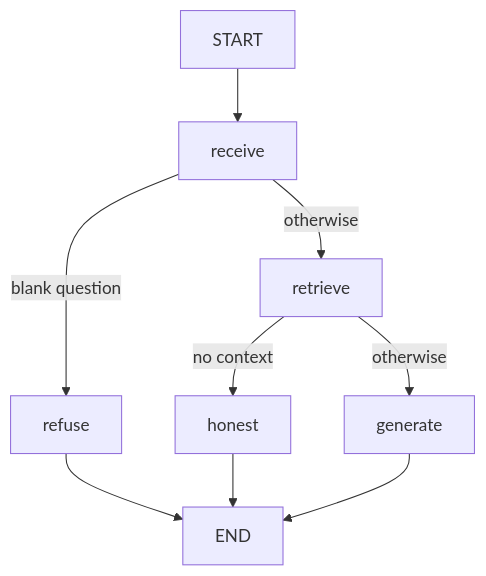
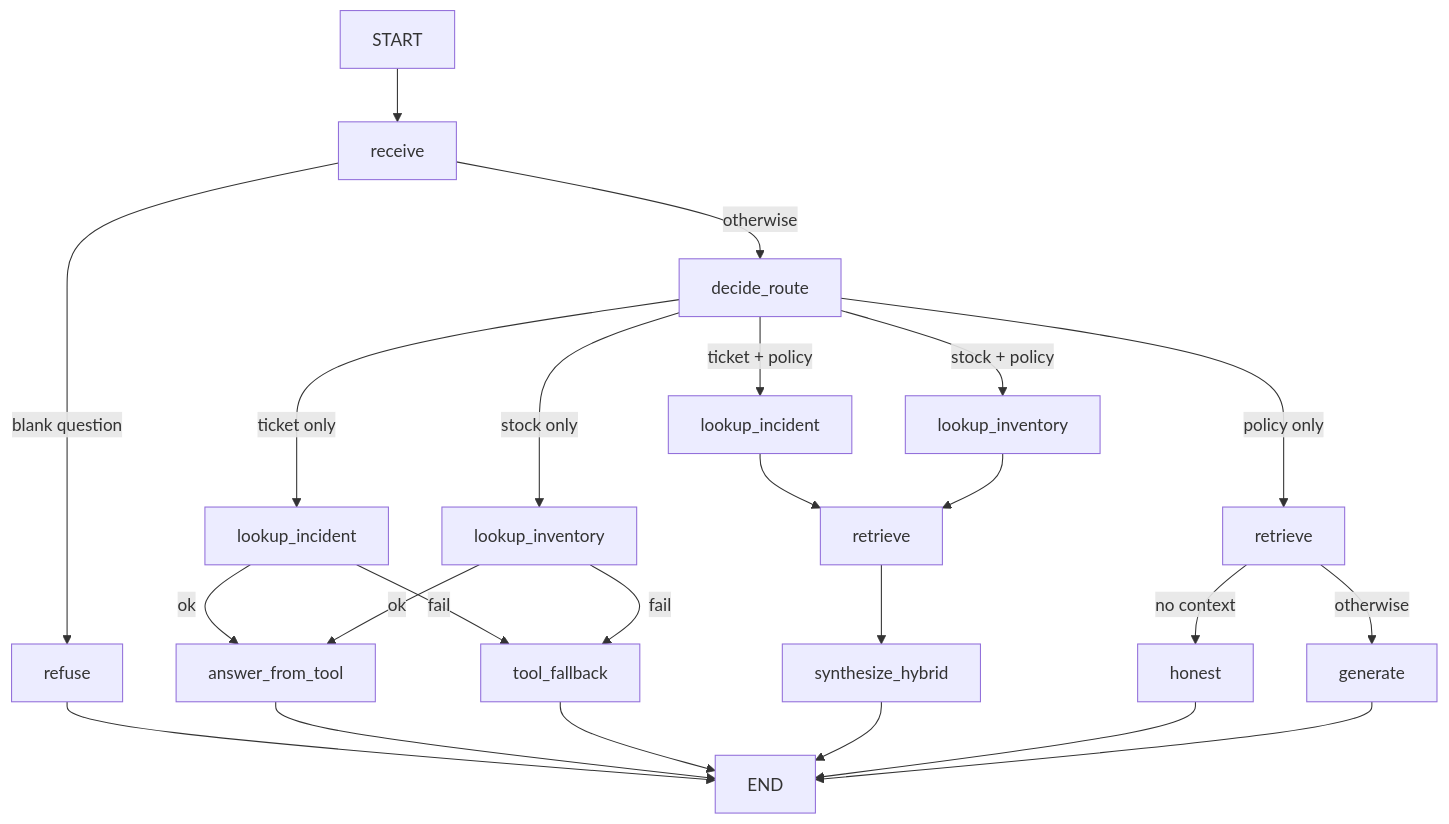
The diagram in docs/rag/agent-graph.md (4GeeksAcademy/ocielgallardo-company-choice), drawn with Mermaid before and after one commit. The commit also changed other lines of this file and 3 other files, not shown here.

````diff
--- a/docs/rag/agent-graph.md
+++ b/docs/rag/agent-graph.md
@@ -13,11 +16,26 @@
 ```mermaid
 flowchart TD
     START --> RECEIVE[receive]
     RECEIVE -->|blank question| REFUSE[refuse]
-    RECEIVE -->|otherwise| RETRIEVE[retrieve]
+    RECEIVE -->|otherwise| DECIDE[decide_route]
+    DECIDE -->|ticket only| INC[lookup_incident]
+    DECIDE -->|stock only| INV[lookup_inventory]
+    DECIDE -->|ticket + policy| HINC[lookup_incident]
+    DECIDE -->|stock + policy| HINV[lookup_inventory]
+    DECIDE -->|policy only| RETRIEVE[retrieve]
+    INC -->|ok| ANS[answer_from_tool]
+    INC -->|fail| FALL[tool_fallback]
+    INV -->|ok| ANS
+    INV -->|fail| FALL
+    HINC --> RET2[retrieve]
+    HINV --> RET2
+    RET2 --> SYN[synthesize_hybrid]
     RETRIEVE -->|no context| HONEST[honest]
     RETRIEVE -->|otherwise| GENERATE[generate]
     REFUSE --> END
+    ANS --> END
+    FALL --> END
+    SYN --> END
     HONEST --> END
     GENERATE --> END
 ```
````
